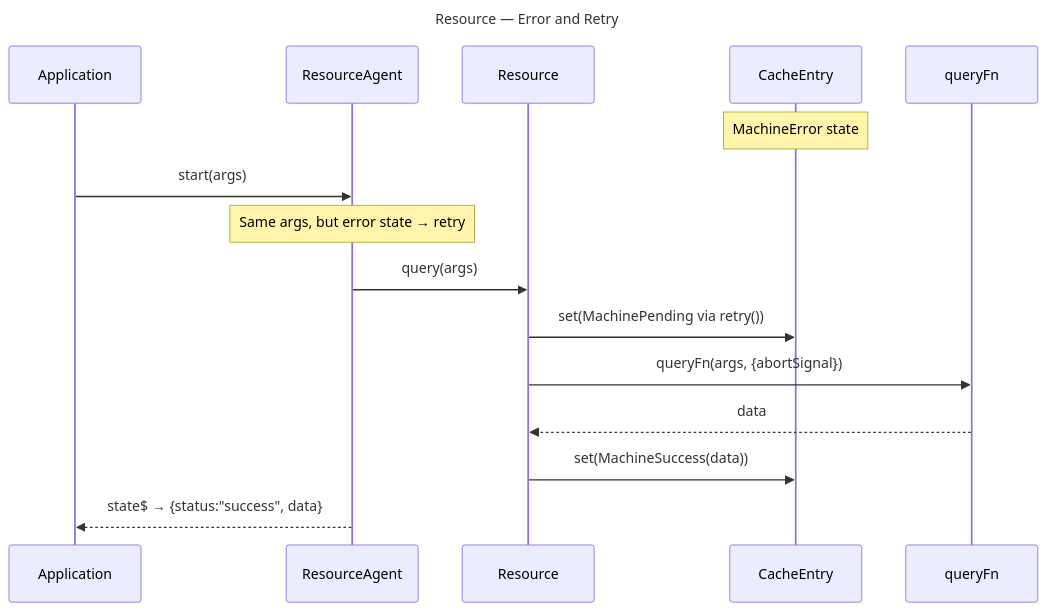
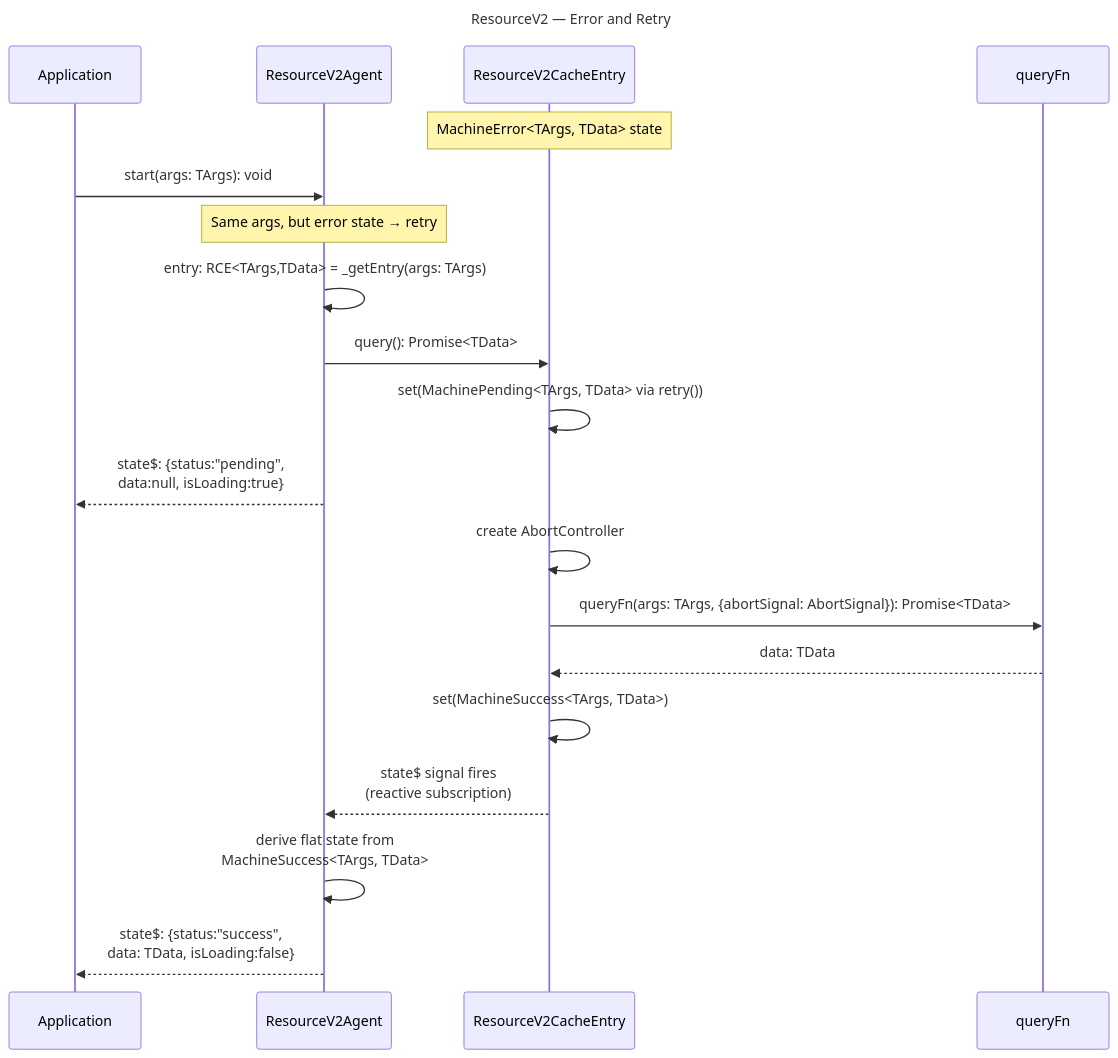
One commit to fozy-labs/rx-toolkit changed the sixth of 19 diagrams in .thoughts/2026-03-23-1400_query-v2-full-implementation/02-design/02-dataflow.md. Above: the diagram before and after it, drawn with Mermaid. The commit also changed other lines of this file and 204 other files, not shown here.

First line of the commit message:
feat(query-v2): full module rewrite with immutable machines and reactive agents

````diff
--- a/.thoughts/2026-03-23-1400_query-v2-full-implementation/02-design/02-dataflow.md
+++ b/.thoughts/2026-03-23-1400_query-v2-full-implementation/02-design/02-dataflow.md
@@ -138,19 +147,23 @@
 ```mermaid
 sequenceDiagram
-    title Resource — Error and Retry
+    title ResourceV2 — Error and Retry
     participant App as Application
-    participant Agent as ResourceAgent
-    participant Res as Resource
-    participant CE as CacheEntry
+    participant Agent as ResourceV2Agent
+    participant RCE as ResourceV2CacheEntry
     participant QFn as queryFn
     
-    Note over CE: MachineError state
-    App->>Agent: start(args)
+    Note over RCE: MachineError<TArgs, TData> state
+    App->>Agent: start(args: TArgs): void
     Note over Agent: Same args, but error state → retry
-    Agent->>Res: query(args)
-    Res->>CE: set(MachinePending via retry())
-    Res->>QFn: queryFn(args, {abortSignal})
-    QFn-->>Res: data
-    Res->>CE: set(MachineSuccess(data))
-    Agent-->>App: state$ → {status:"success", data}
+    Agent->>Agent: entry: RCE<TArgs,TData> = _getEntry(args: TArgs)
+    Agent->>RCE: query(): Promise<TData>
+    RCE->>RCE: set(MachinePending<TArgs, TData> via retry())
+    Agent-->>App: state$: {status:"pending",<br/>data:null, isLoading:true}
+    RCE->>RCE: create AbortController
+    RCE->>QFn: queryFn(args: TArgs, {abortSignal: AbortSignal}): Promise<TData>
+    QFn-->>RCE: data: TData
+    RCE->>RCE: set(MachineSuccess<TArgs, TData>)
+    RCE-->>Agent: state$ signal fires<br/>(reactive subscription)
+    Agent->>Agent: derive flat state from<br/>MachineSuccess<TArgs, TData>
+    Agent-->>App: state$: {status:"success",<br/>data: TData, isLoading:false}
 ```
````
